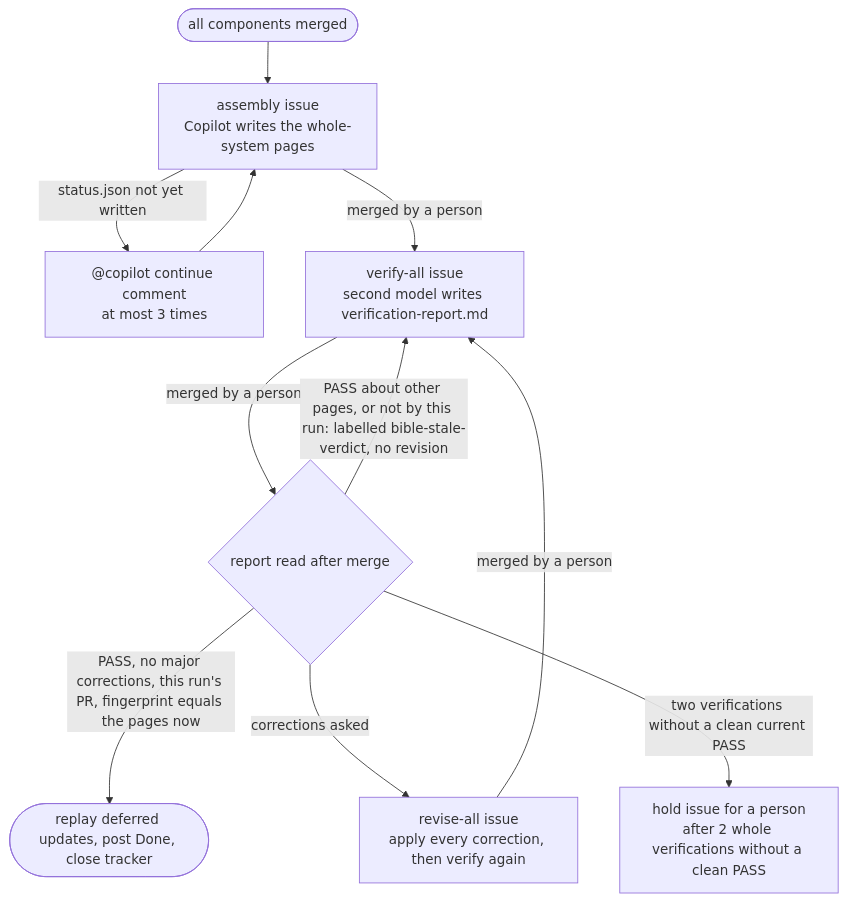
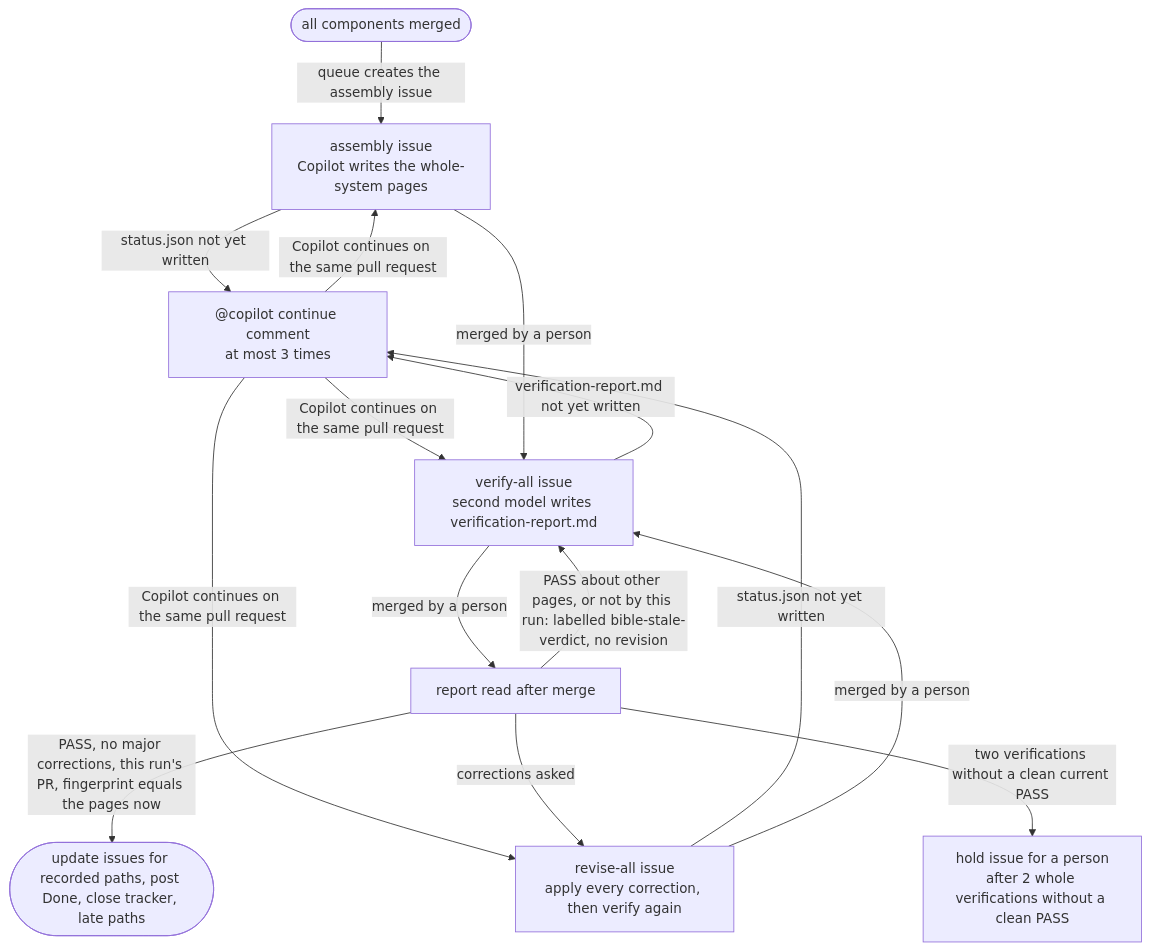
Before and after one commit to vishalc412/bible-mode-b-test: the fourth of 5 diagrams in codebase-analysis/lld/bible-mode-b/README.md, drawn with Mermaid. The commit also changed other lines of this file and 38 other files, not shown here.

First line of the commit message:
fix(analysis): apply the round-5 verification's corrections (stand-in for Copilot)

````diff
--- a/codebase-analysis/lld/bible-mode-b/README.md
+++ b/codebase-analysis/lld/bible-mode-b/README.md
@@ -144,21 +147,25 @@
 ```mermaid
 flowchart TB
   start(["all components merged"])
   assemble["assembly issue<br/>Copilot writes the whole-system pages"]
   cont["@copilot continue comment<br/>at most 3 times"]
   verify["verify-all issue<br/>second model writes verification-report.md"]
-  verdict{"report read after merge"}
+  verdict["report read after merge"]
   revise["revise-all issue<br/>apply every correction, then verify again"]
   hold["hold issue for a person<br/>after 2 whole verifications without a clean PASS"]
-  done(["replay deferred updates, post Done, close tracker"])
-  start --> assemble
+  done(["update issues for recorded paths, post Done, close tracker, late paths"])
+  start -->|"queue creates the assembly issue"| assemble
   assemble -->|"status.json not yet written"| cont
-  cont --> assemble
+  cont -->|"Copilot continues on the same pull request"| assemble
+  verify -->|"verification-report.md not yet written"| cont
+  cont -->|"Copilot continues on the same pull request"| verify
+  revise -->|"status.json not yet written"| cont
+  cont -->|"Copilot continues on the same pull request"| revise
   assemble -->|"merged by a person"| verify
   verify -->|"merged by a person"| verdict
   verdict -->|"PASS, no major corrections, this run's PR, fingerprint equals the pages now"| done
   verdict -->|"corrections asked"| revise
   revise -->|"merged by a person"| verify
   verdict -->|"PASS about other pages, or not by this run: labelled bible-stale-verdict, no revision"| verify
   verdict -->|"two verifications without a clean current PASS"| hold
 ```
````
